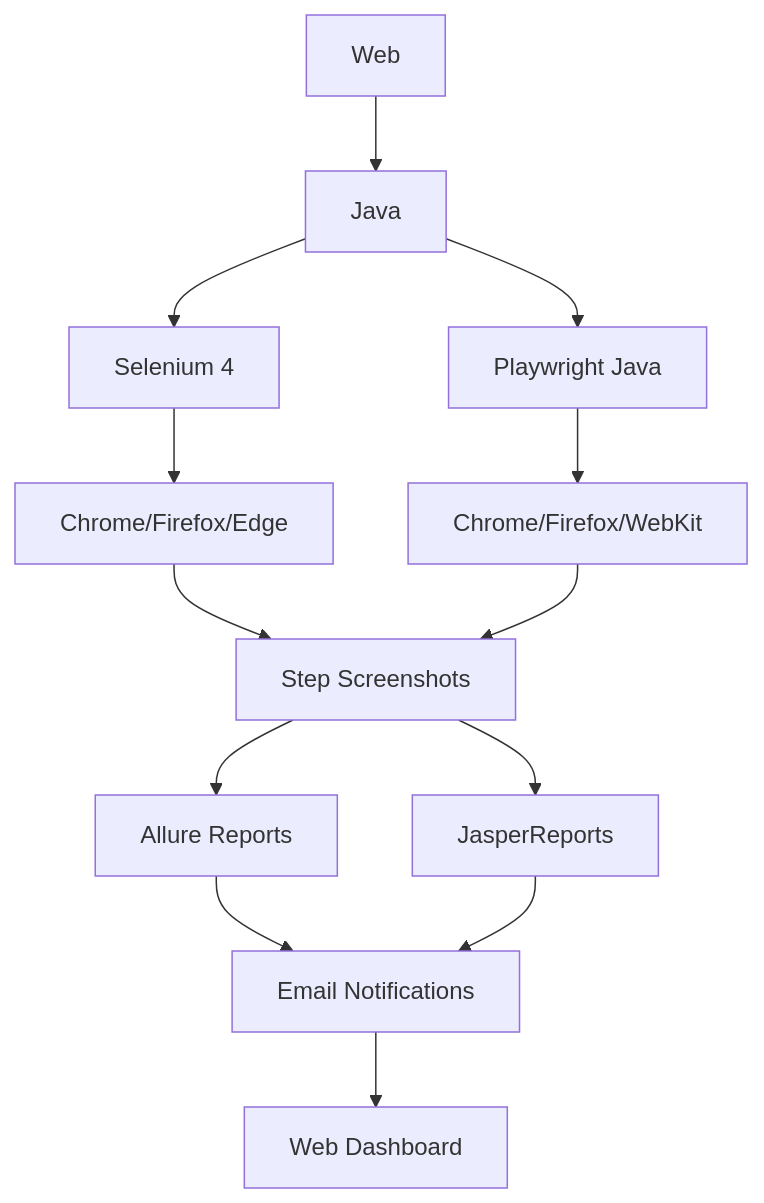
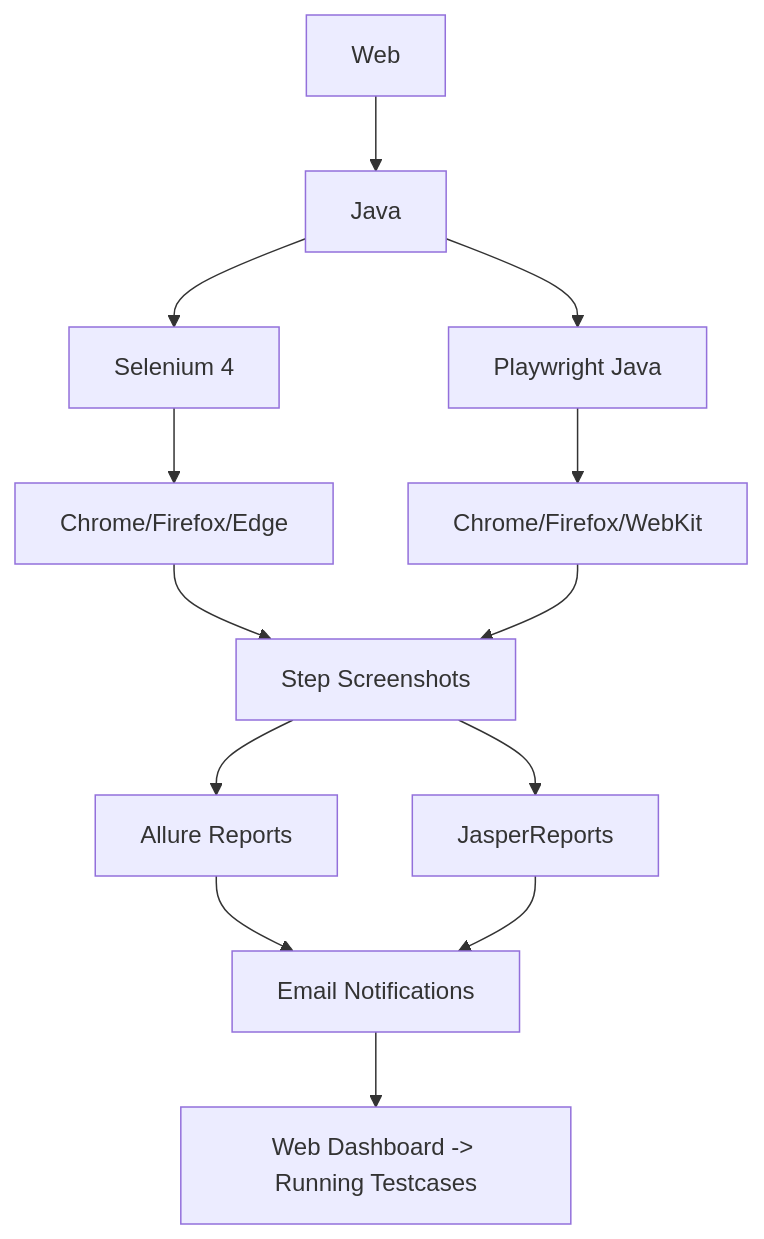
The diagram in README.md (Ajay-Kumar-M/AutomationTool), drawn with Mermaid before and after one commit. The commit also changed other lines of this file, not shown here.

````diff
--- a/README.md
+++ b/README.md
@@ -61,15 +61,15 @@
 ```mermaid
 graph TB
     A[Web] --> B[Java]
     B --> C[Selenium 4]
     B --> D[Playwright Java]
     C --> E[Chrome/Firefox/Edge]
     D --> F[Chrome/Firefox/WebKit]
     E --> G[Step Screenshots]
     F --> G
     G --> H[Allure Reports]
     G --> I[JasperReports]
     H --> J[Email Notifications]
     I --> J
-    J --> K[Web Dashboard]
+    J --> K[Web Dashboard -> Running Testcases]
 ```
````
